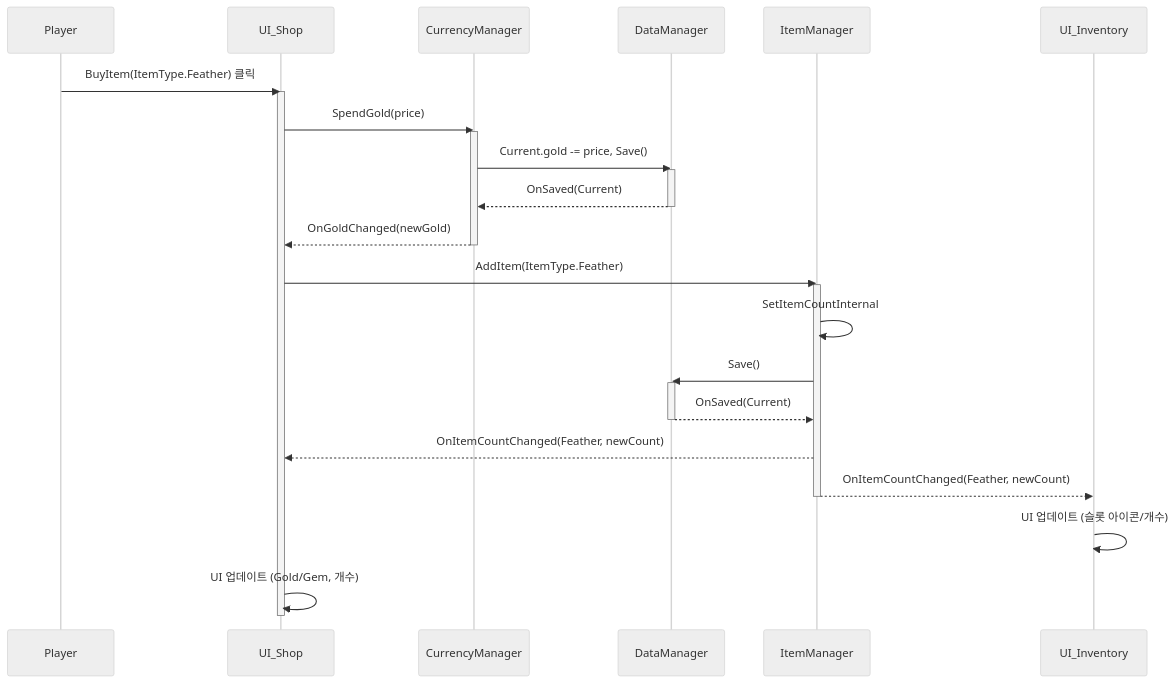
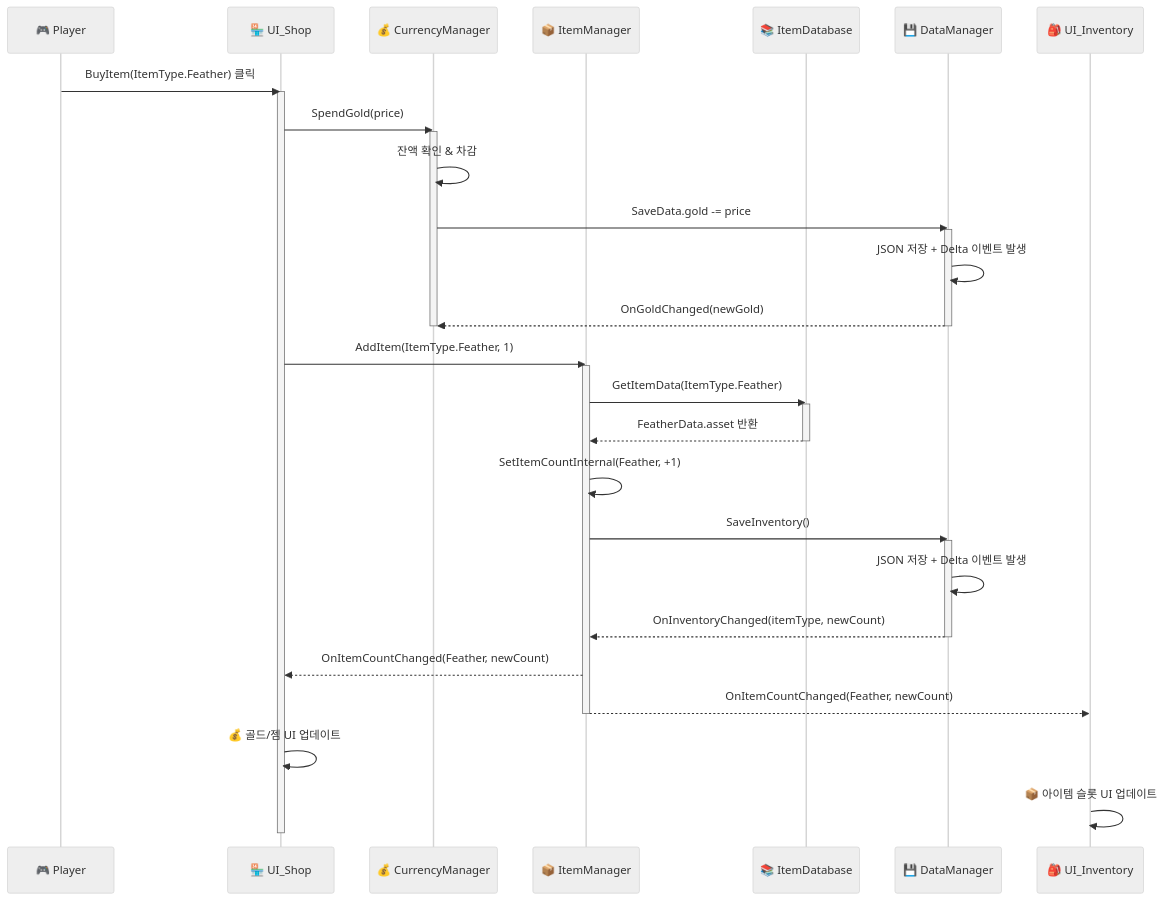
One commit to heejune1209/Just-climb- changed the first of 2 diagrams in 아이템 시퀀스 다이어그램.md. Above: the diagram before and after it, drawn with Mermaid (neutral theme). The commit also changed other lines of this file and 1 other file, not shown here.

````diff
--- a/아이템 시퀀스 다이어그램.md
+++ b/아이템 시퀀스 다이어그램.md
@@ -4,43 +6,49 @@
 ```mermaid
 sequenceDiagram
-    participant 플레이어 as Player
-    participant 상점UI as UI_Shop
-    participant 재화Mgr as CurrencyManager
-    participant 데이터Mgr as DataManager
-    participant 아이템Mgr as ItemManager
-    participant 인벤토리UI as UI_Inventory
+    participant Player as 🎮 Player
+    participant Shop as 🏪 UI_Shop
+    participant Currency as 💰 CurrencyManager
+    participant ItemMgr as 📦 ItemManager
+    participant ItemDB as 📚 ItemDatabase
+    participant DataMgr as 💾 DataManager
+    participant Inventory as 🎒 UI_Inventory
 
-    플레이어->>상점UI: BuyItem(ItemType.Feather) 클릭  
-    activate 상점UI
+    Player->>Shop: BuyItem(ItemType.Feather) 클릭
+    activate Shop
 
-    상점UI->>재화Mgr: SpendGold(price)  
-    activate 재화Mgr
+    Shop->>Currency: SpendGold(price)
+    activate Currency
+    
+    Currency->>Currency: 잔액 확인 & 차감
+    Currency->>DataMgr: SaveData.gold -= price
+    activate DataMgr
+    
+    DataMgr->>DataMgr: JSON 저장 + Delta 이벤트 발생
+    DataMgr-->>Currency: OnGoldChanged(newGold)
+    deactivate DataMgr
+    deactivate Currency
 
-    재화Mgr->>데이터Mgr: Current.gold -= price, Save()  
-    activate 데이터Mgr
+    Shop->>ItemMgr: AddItem(ItemType.Feather, 1)
+    activate ItemMgr
+    
+    ItemMgr->>ItemDB: GetItemData(ItemType.Feather)
+    activate ItemDB
+    ItemDB-->>ItemMgr: FeatherData.asset 반환
+    deactivate ItemDB
+    
+    ItemMgr->>ItemMgr: SetItemCountInternal(Feather, +1)
+    ItemMgr->>DataMgr: SaveInventory()
+    activate DataMgr
+    
+    DataMgr->>DataMgr: JSON 저장 + Delta 이벤트 발생
+    DataMgr-->>ItemMgr: OnInventoryChanged(itemType, newCount)
+    deactivate DataMgr
 
-    데이터Mgr-->>재화Mgr: OnSaved(Current)  
-    deactivate 데이터Mgr
+    ItemMgr-->>Shop: OnItemCountChanged(Feather, newCount)
+    ItemMgr-->>Inventory: OnItemCountChanged(Feather, newCount)
+    deactivate ItemMgr
 
-    재화Mgr-->>상점UI: OnGoldChanged(newGold)  
-    deactivate 재화Mgr
-
-    상점UI->>아이템Mgr: AddItem(ItemType.Feather)  
-    activate 아이템Mgr
-
-    아이템Mgr->>아이템Mgr: SetItemCountInternal  
-    아이템Mgr->>데이터Mgr: Save()  
-    activate 데이터Mgr
-
-    데이터Mgr-->>아이템Mgr: OnSaved(Current)  
-    deactivate 데이터Mgr
-
-    아이템Mgr-->>상점UI: OnItemCountChanged(Feather, newCount)  
-    아이템Mgr-->>인벤토리UI: OnItemCountChanged(Feather, newCount)  
-    deactivate 아이템Mgr
-
-    인벤토리UI->>인벤토리UI: UI 업데이트 (슬롯 아이콘/개수)  
-    상점UI->>상점UI: UI 업데이트 (Gold/Gem, 개수)  
-    deactivate 상점UI
-
+    Shop->>Shop: 💰 골드/젬 UI 업데이트
+    Inventory->>Inventory: 📦 아이템 슬롯 UI 업데이트
+    deactivate Shop
 ```
````
